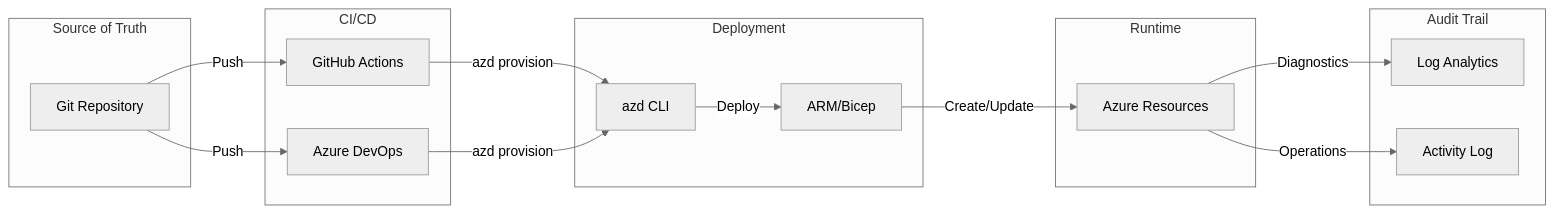
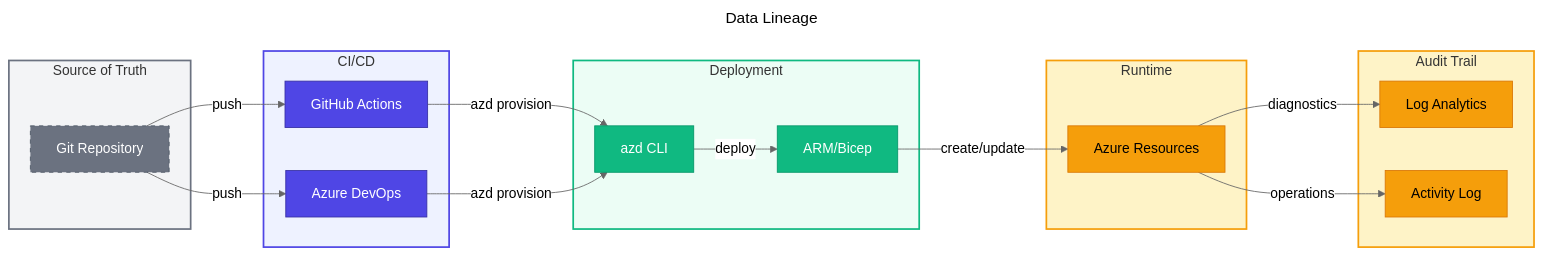
Diagram 12 of 13 in docs/architecture/02-data-architecture.md (Evilazaro/DevExp-DevBox), drawn with Mermaid (neutral theme) before and after one commit. The commit also changed other lines of this file, not shown here.

Commit message:
Refactor data architecture documentation to enhance clarity and detail in cross-module data dependencies, data lineage, and schema validation flow diagrams

````diff
--- a/docs/architecture/02-data-architecture.md
+++ b/docs/architecture/02-data-architecture.md
@@ -734,34 +760,63 @@
 ```mermaid
+---
+title: Data Lineage
+---
 flowchart LR
+    %% ===== STYLE DEFINITIONS =====
+    classDef primary fill:#4F46E5,stroke:#3730A3,color:#FFFFFF
+    classDef secondary fill:#10B981,stroke:#059669,color:#FFFFFF
+    classDef datastore fill:#F59E0B,stroke:#D97706,color:#000000
+    classDef external fill:#6B7280,stroke:#4B5563,color:#FFFFFF,stroke-dasharray:5 5
+
+    %% ===== SOURCE OF TRUTH =====
     subgraph Source["Source of Truth"]
-        GIT[Git Repository]
+        GIT["Git Repository"]
     end
 
+    %% ===== CI/CD =====
     subgraph CI["CI/CD"]
-        GHA[GitHub Actions]
-        ADO[Azure DevOps]
+        GHA["GitHub Actions"]
+        ADO["Azure DevOps"]
     end
 
+    %% ===== DEPLOYMENT =====
     subgraph Deploy["Deployment"]
-        AZD[azd CLI]
-        ARM[ARM/Bicep]
+        AZD["azd CLI"]
+        ARM["ARM/Bicep"]
     end
 
+    %% ===== RUNTIME =====
     subgraph Runtime["Runtime"]
-        AZ[Azure Resources]
+        AZ["Azure Resources"]
     end
 
+    %% ===== AUDIT TRAIL =====
     subgraph Audit["Audit Trail"]
-        LA[Log Analytics]
-        ACT[Activity Log]
+        LA["Log Analytics"]
+        ACT["Activity Log"]
     end
 
-    GIT -->|Push| GHA
-    GIT -->|Push| ADO
-    GHA -->|azd provision| AZD
-    ADO -->|azd provision| AZD
-    AZD -->|Deploy| ARM
-    ARM -->|Create/Update| AZ
-    AZ -->|Diagnostics| LA
-    AZ -->|Operations| ACT
+    %% ===== CONNECTIONS =====
+    GIT -->|"push"| GHA
+    GIT -->|"push"| ADO
+    GHA -->|"azd provision"| AZD
+    ADO -->|"azd provision"| AZD
+    AZD -->|"deploy"| ARM
+    ARM -->|"create/update"| AZ
+    AZ -->|"diagnostics"| LA
+    AZ -->|"operations"| ACT
+
+    %% ===== APPLY STYLES =====
+    class GIT external
+    class GHA,ADO primary
+    class AZD,ARM secondary
+    class AZ datastore
+    class LA,ACT datastore
+
+    %% ===== SUBGRAPH STYLING =====
+    style Source fill:#F3F4F6,stroke:#6B7280,stroke-width:2px
+    style CI fill:#EEF2FF,stroke:#4F46E5,stroke-width:2px
+    style Deploy fill:#ECFDF5,stroke:#10B981,stroke-width:2px
+    style Runtime fill:#FEF3C7,stroke:#F59E0B,stroke-width:2px
+    style Audit fill:#FEF3C7,stroke:#F59E0B,stroke-width:2px
 ```
````
